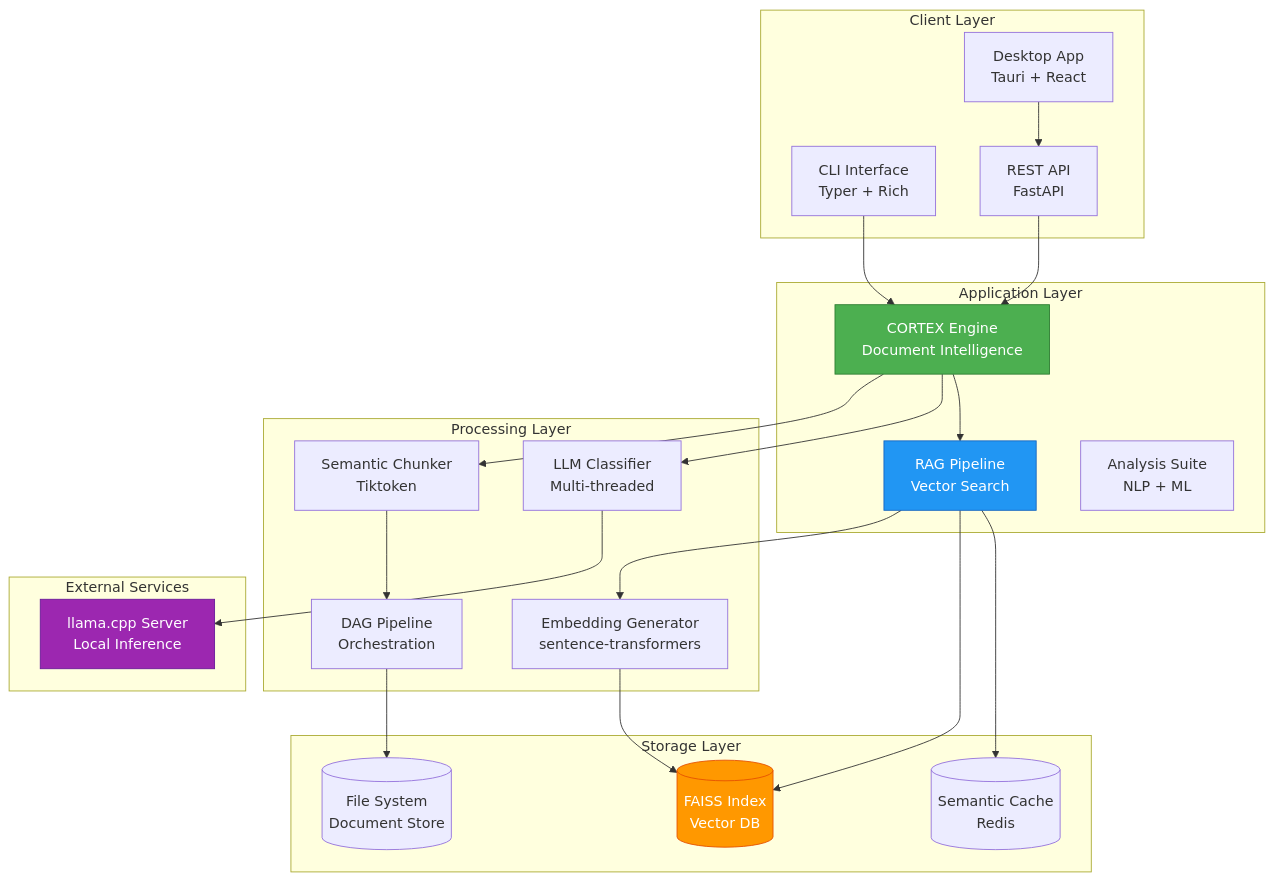
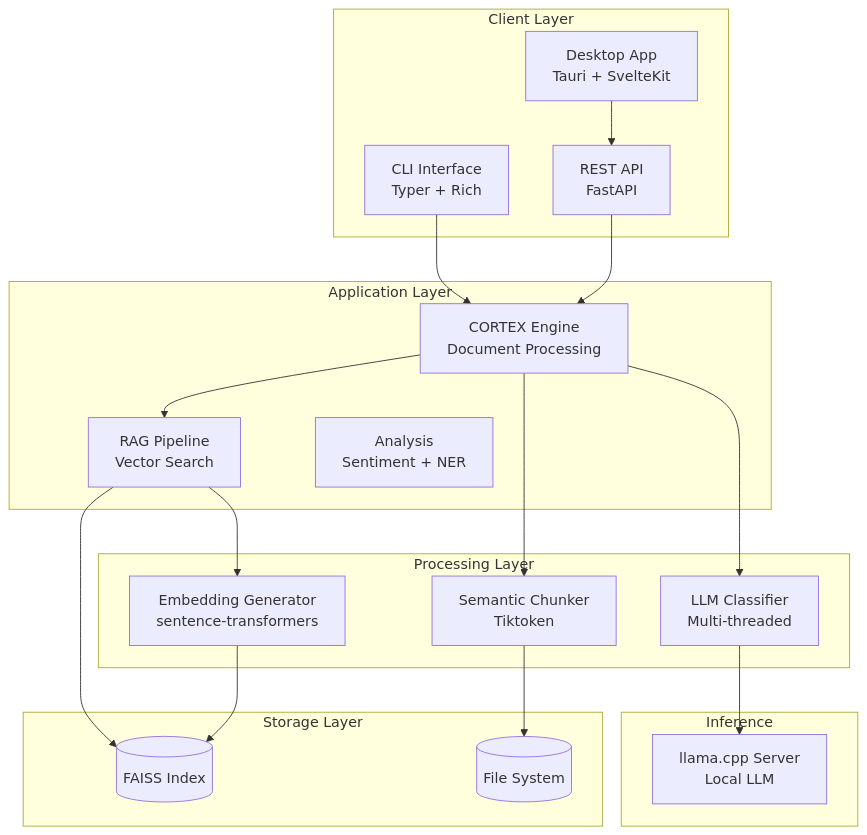
One commit to VoidNxSEC/phantom changed the diagram in README.md. Above: the diagram before and after it, drawn with Mermaid. The commit also changed other lines of this file and 13 other files, not shown here.

````diff
--- a/README.md
+++ b/README.md
@@ -36,55 +120,45 @@
 ```mermaid
 graph TB
     subgraph "Client Layer"
         CLI[CLI Interface<br/>Typer + Rich]
         API[REST API<br/>FastAPI]
-        GUI[Desktop App<br/>Tauri + React]
+        GUI[Desktop App<br/>Tauri + SvelteKit]
     end
 
     subgraph "Application Layer"
-        CORTEX[CORTEX Engine<br/>Document Intelligence]
+        CORTEX[CORTEX Engine<br/>Document Processing]
         RAG[RAG Pipeline<br/>Vector Search]
-        ANALYSIS[Analysis Suite<br/>NLP + ML]
+        ANALYSIS[Analysis<br/>Sentiment + NER]
     end
 
     subgraph "Processing Layer"
         CHUNKER[Semantic Chunker<br/>Tiktoken]
         EMBEDDER[Embedding Generator<br/>sentence-transformers]
         CLASSIFIER[LLM Classifier<br/>Multi-threaded]
-        PIPELINE[DAG Pipeline<br/>Orchestration]
     end
 
     subgraph "Storage Layer"
-        FAISS[(FAISS Index<br/>Vector DB)]
-        CACHE[(Semantic Cache<br/>Redis)]
-        FS[(File System<br/>Document Store)]
+        FAISS[(FAISS Index)]
+        FS[(File System)]
     end
 
-    subgraph "External Services"
-        LLAMA[llama.cpp Server<br/>Local Inference]
+    subgraph "Inference"
+        LLAMA[llama.cpp Server<br/>Local LLM]
     end
 
     CLI --> CORTEX
     API --> CORTEX
     GUI --> API
 
     CORTEX --> CHUNKER
     CORTEX --> CLASSIFIER
     CORTEX --> RAG
 
     RAG --> EMBEDDER
     RAG --> FAISS
 
     CLASSIFIER --> LLAMA
 
     EMBEDDER --> FAISS
-    CHUNKER --> PIPELINE
-
-    PIPELINE --> FS
-    RAG --> CACHE
-
-    style CORTEX fill:#4CAF50,stroke:#2E7D32,color:#fff
-    style RAG fill:#2196F3,stroke:#1565C0,color:#fff
-    style FAISS fill:#FF9800,stroke:#E65100,color:#fff
-    style LLAMA fill:#9C27B0,stroke:#6A1B9A,color:#fff
+    CHUNKER --> FS
 ```
````
